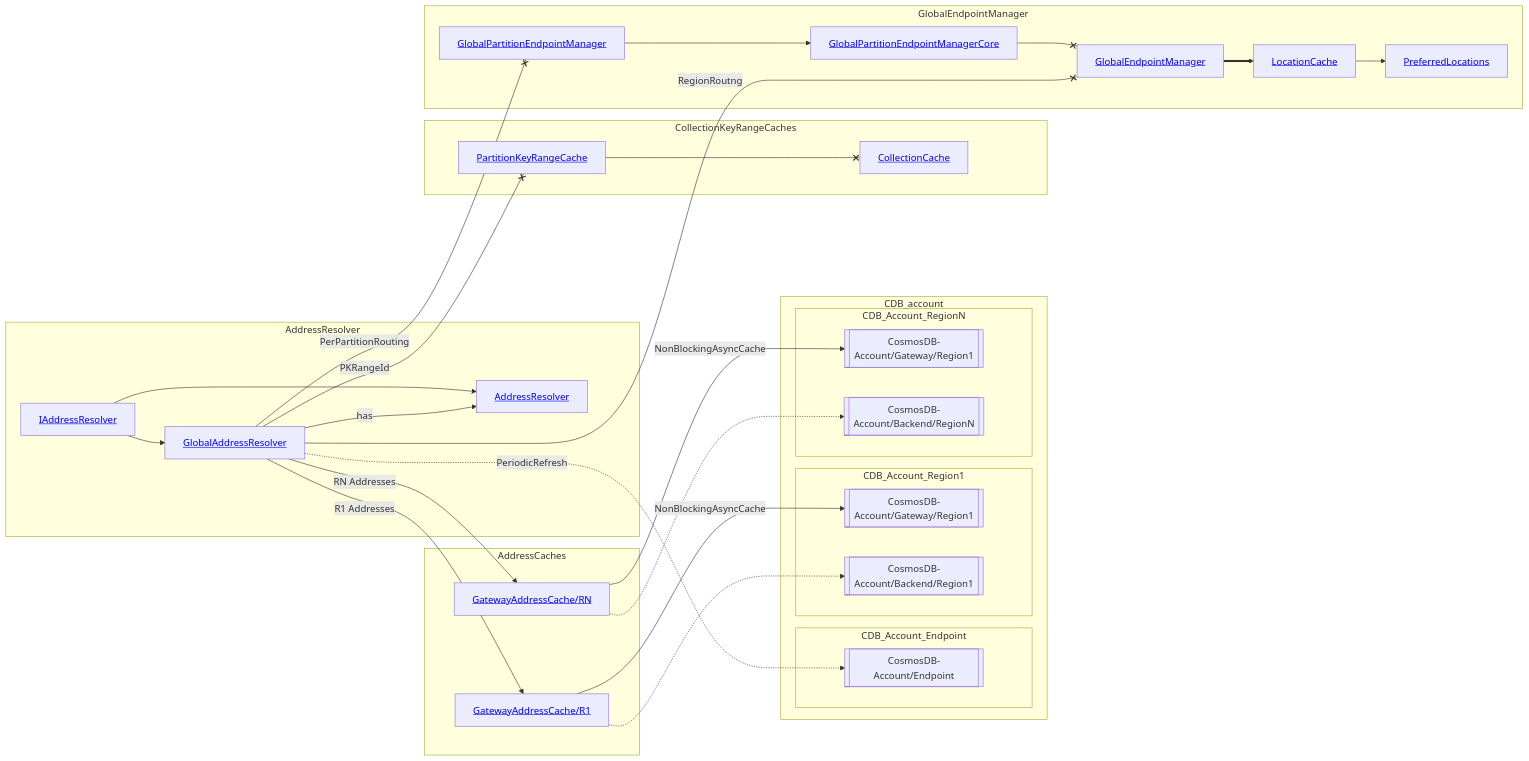
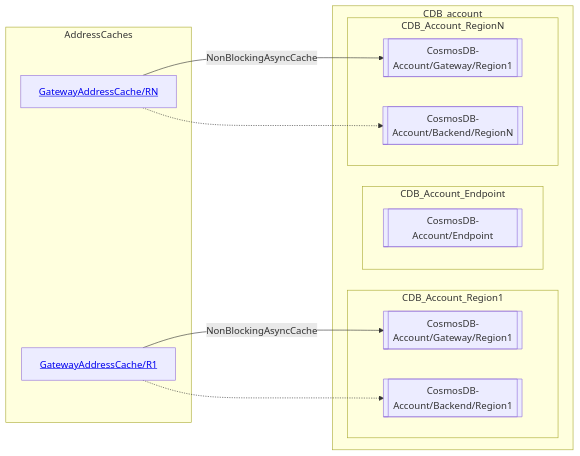
One commit to Azure/azure-cosmos-dotnet-v3 changed the second of 8 diagrams in docs/SdkDesign.md. Above: the diagram before and after it, drawn with Mermaid. The commit also changed other lines of this file, not shown here.

Commit message:
Some changes
Lets get the feedback

````diff
--- a/docs/SdkDesign.md
+++ b/docs/SdkDesign.md
@@ -22,59 +25,26 @@
 ```mermaid
 flowchart LR
     subgraph CDB_account
         subgraph CDB_Account_Endpoint
             CDB_EP[[CosmosDB-Account/Endpoint]]
         end
 
         subgraph CDB_Account_Region1
             CDBR1_GW[[CosmosDB-Account/Gateway/Region1]]
             CDBR1_BE[[CosmosDB-Account/Backend/Region1]]
         end
         subgraph CDB_Account_RegionN
             CDBRN_GW[[CosmosDB-Account/Gateway/Region1]]
             CDBRN_BE[[CosmosDB-Account/Backend/RegionN]]
         end
     end
     subgraph AddressCaches
         GAC1[<a href='https://github.com/Azure/azure-cosmos-dotnet-v3/blob/master/Microsoft.Azure.Cosmos/src/Routing/GatewayAddressCache.cs'>GatewayAddressCache/R1</a>]
         GACN[<a href='https://github.com/Azure/azure-cosmos-dotnet-v3/blob/master/Microsoft.Azure.Cosmos/src/Routing/GatewayAddressCache.cs'>GatewayAddressCache/RN</a>]
 
         GAC1 --> |NonBlockingAsyncCache| CDBR1_GW
         GAC1 -.-> CDBR1_BE
         GACN -->  |NonBlockingAsyncCache| CDBRN_GW
         GACN -.-> CDBRN_BE
     end
-    subgraph CollectionKeyRangeCaches
-        PKC[<a href='https://github.com/Azure/azure-cosmos-dotnet-v3/blob/master/Microsoft.Azure.Cosmos/src/Routing/PartitionKeyRangeCache.cs'>PartitionKeyRangeCache</a>]
-        CC[<a href='https://github.com/Azure/azure-cosmos-dotnet-v3/blob/master/Microsoft.Azure.Cosmos/src/Routing/CollectionCache.cs'>CollectionCache</a>]
-
-        PKC --x CC
-    end
-    subgraph GlobalEndpointManager
-        GEM[<a href='https://github.com/Azure/azure-cosmos-dotnet-v3/blob/master/Microsoft.Azure.Cosmos/src/Routing/GlobalEndpointManager.cs'>GlobalEndpointManager</a>] ==> LC[<a href='https://github.com/Azure/azure-cosmos-dotnet-v3/blob/master/Microsoft.Azure.Cosmos/src/Routing/LocationCache.cs'>LocationCache</a>]
-        PL[<a href='https://github.com/Azure/azure-cosmos-dotnet-v3/blob/543294cd7e49c9322661422ea602bc911c434972/Microsoft.Azure.Cosmos/src/CosmosClientOptions.cs#L190'>PreferredLocations</a>]
-        GEPEM[<a href='https://github.com/Azure/azure-cosmos-dotnet-v3/blob/master/Microsoft.Azure.Cosmos/src/Routing/GlobalPartitionEndpointManager.cs'>GlobalPartitionEndpointManager</a>]
-        GEPEMC[<a href='https://github.com/Azure/azure-cosmos-dotnet-v3/blob/master/Microsoft.Azure.Cosmos/src/Routing/GlobalPartitionEndpointManagerCore.cs'>GlobalPartitionEndpointManagerCore</a>]
-
-        LC --> PL
-        GEPEM --> GEPEMC
-        GEPEMC --x GEM
-    end
-    subgraph AddressResolver
-        GAR[<a href='https://github.com/Azure/azure-cosmos-dotnet-v3/blob/master/Microsoft.Azure.Cosmos/src/Routing/GlobalAddressResolver.cs'>GlobalAddressResolver</a>] 
-        IAR[<a href=https://github.com/Azure/azure-cosmos-dotnet-v3/blob/msdata/direct/Microsoft.Azure.Cosmos/src/direct/IAddressResolver.cs'>IAddressResolver</a>]
-        AR[<a href='https://github.com/Azure/azure-cosmos-dotnet-v3/blob/a94329d353aa8432d57270c3f3bc19cba1021855/Microsoft.Azure.Cosmos/src/direct/IAddressResolver.cs#L12'>AddressResolver</a>]
-
-        IAR --> AR
-        IAR --> GAR
-        GAR --> |has| AR
-        GAR --> |R1 Addresses| GAC1
-        GAR --> |RN Addresses| GACN
-        GAR -.-> |PeriodicRefresh| CDB_EP
-
-        GAR --x |PerPartitionRouting| GEPEM
-        GAR --x |RegionRoutng| GEM
-        GAR --x |PKRangeId| PKC
-
-    end
 ```
````
